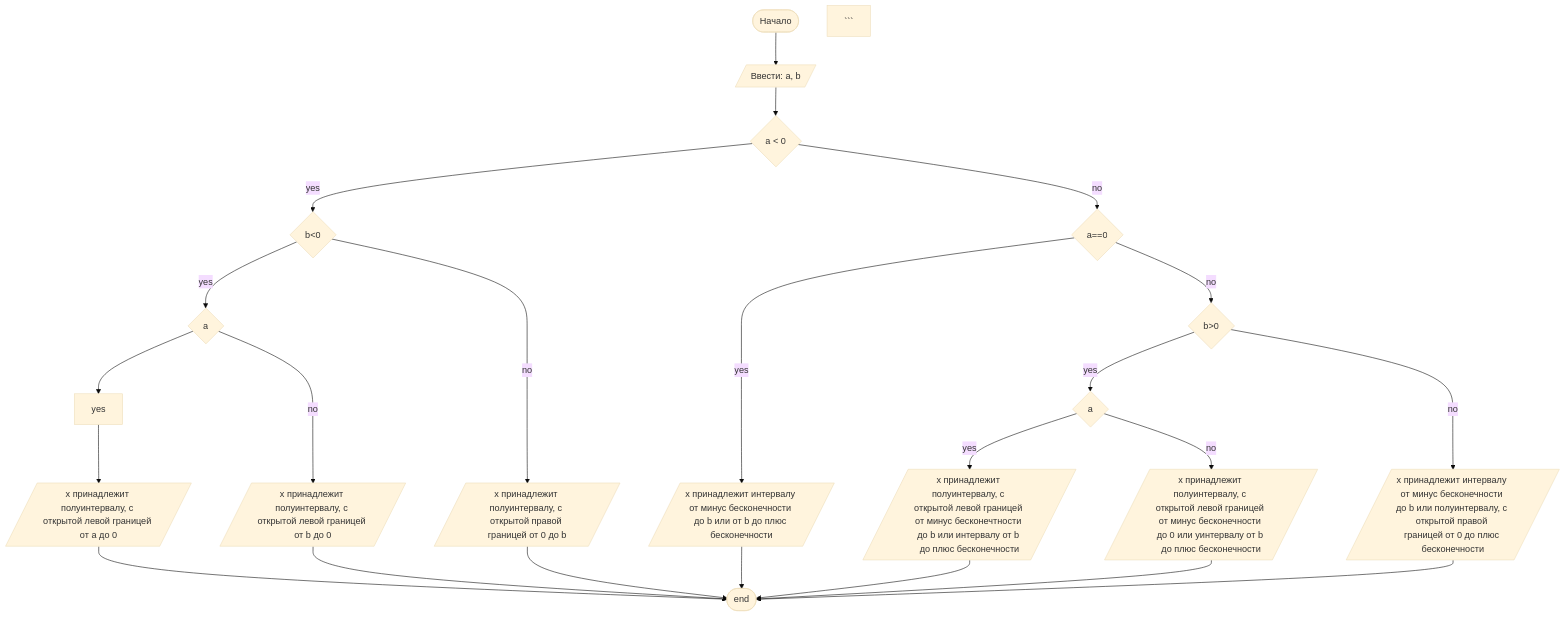
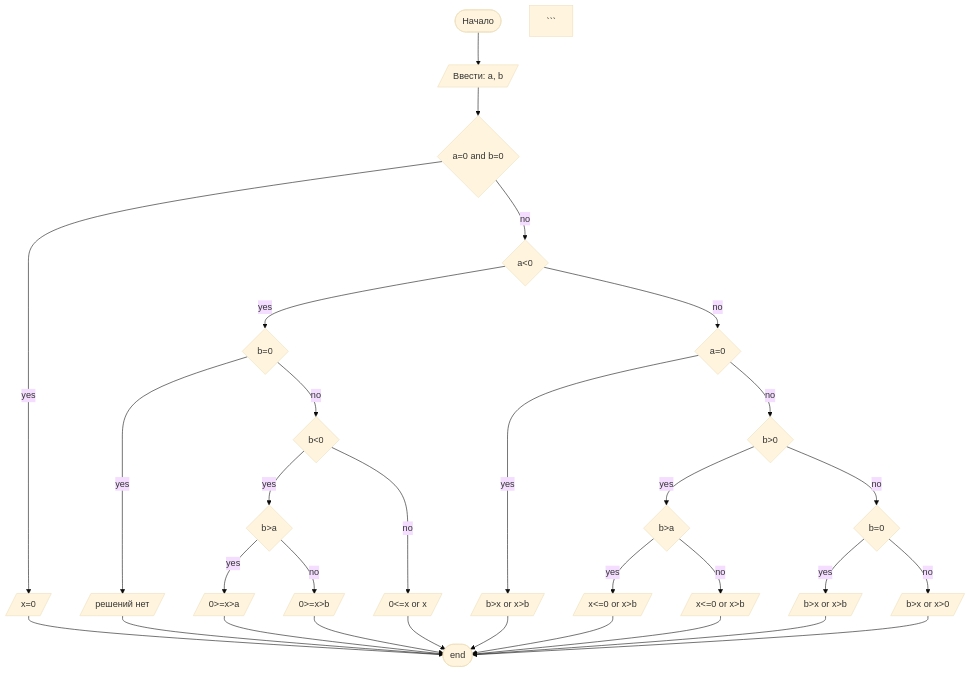
Before and after one commit to AnastasiaGuscova/lab1: the diagram in README.md, drawn with Mermaid (base theme).

````diff
--- a/README.md
+++ b/README.md
@@ -80,12 +80,15 @@
 ```mermaid
     graph TD
         Q([Начало]) --> W[/Ввести: a, b/]
-         W--> R{a < 0} -- yes --> T{b<0} -- yes --> Y{a<b} --> yes --> U[/x принадлежит полуинтервалу, с открытой левой границей от a до 0/] --> J([end])
-        Y -- no --> I[/x принадлежит полуинтервалу, с открытой левой границей от b до 0/] --> J([end])
-        T -- no --> O[/x принадлежит полуинтервалу, с открытой правой границей от 0 до b/] --> J([end])
-        R -- no --> P{a==0} -- yes --> A[/x принадлежит интервалу от минус бесконечности до b или от b до плюс бесконечности/] --> J([end])
-        P -- no --> S{b>0} -- yes --> D{a<b} -- yes --> F[/x принадлежит полуинтервалу, с открытой левой границей от минус бесконечтности до b или интервалу от b до плюс бесконечности/] --> J([end])
-        D{a<b} -- no --> G[/x принадлежит полуинтервалу, с открытой левой границей от минус бесконечности до 0 или уинтервалу от b до плюс бесконечности/] --> J([end])
-        S{b>0} -- no --> H[/x принадлежит интервалу от минус бесконечности до b или полуинтервалу, с открытой правой границей от 0 до плюс бесконечности/] --> J([end])
+        W--> R{a=0 and b=0} -- yes -->U[/х=0/] --> J([end])
+        R -- no --> E{a<0} -- yes --> T{b=0} -- yes --> Y[/решений нет/] --> J([end])
+        T -- no --> I{b<0} -- yes --> O{b>a} --  yes --> P[/0>=x>a/] --> J([end])
+        O -- no --> A[/0>=x>b/] --> J([end])
+        I -- no --> S[/0<=x or x<b/] --> J([end])
+        E -- no --> D{a=0} -- yes --> F[/b>x or x>b/] --> J([end])
+        D -- no --> H{b>0} -- yes --> K{b>a} -- yes --> L[/x<=0 or x>b/] --> J([end])
+        K-- no --> Z[/x<=0 or x>b/] --> J([end])
+      H -- no --> X{b=0} -- yes --> C[/b>x or x>b/] --> J([end])
+      X -- no --> V[/b>x or x>0/] --> J([end])
     ``` 
 ```
````
